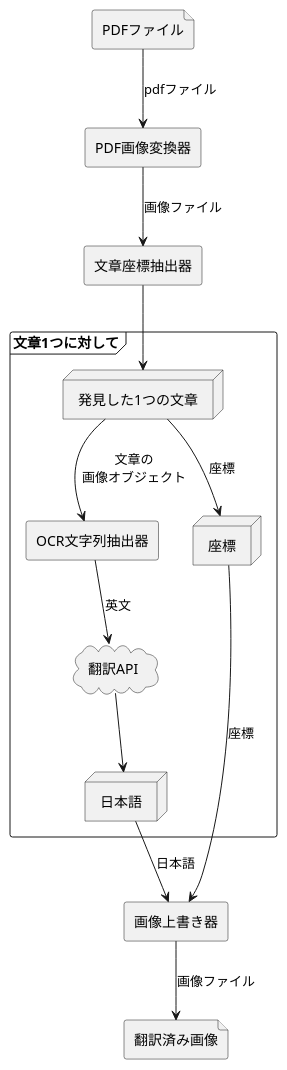
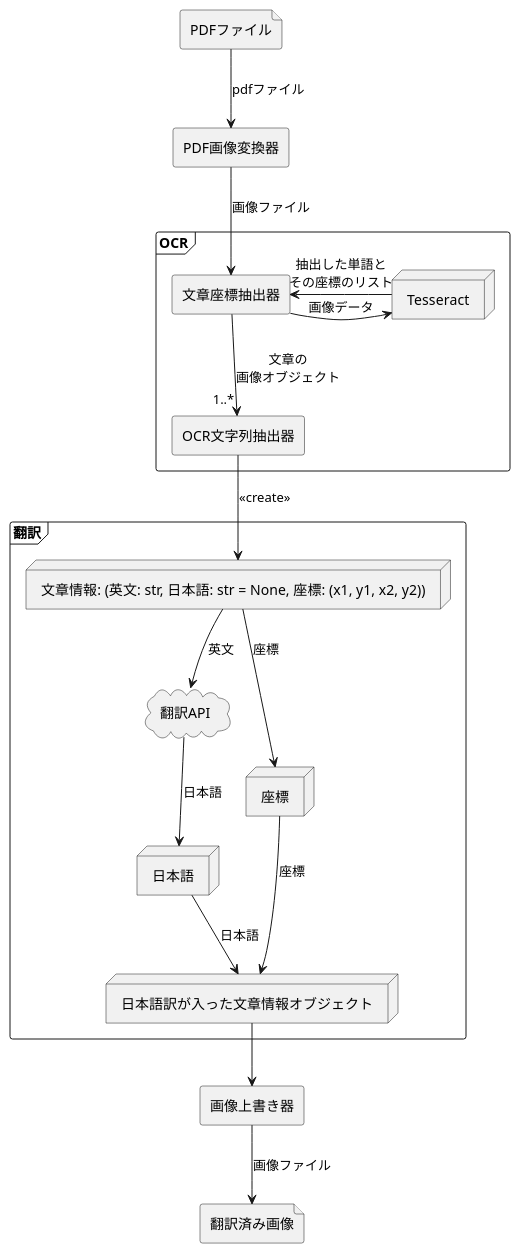
The first of 2 diagrams in システム構成図.md (hakohumi/pdf-translator), drawn with PlantUML before and after one commit. The commit also changed other lines of this file, not shown here.

Commit message:
OCRは文章座標抽出部分と文字列抽出部を同じパケッケージ内で管理することに変更

````diff
--- a/システム構成図.md
+++ b/システム構成図.md
@@ -3,32 +3,42 @@
 ```plantuml
 @startuml
 
 file PDFファイル as pdf
 agent PDF画像変換器 as pdf_to_image
+frame OCR{
 agent 文章座標抽出器 as text_coordinate_extractor
-frame 文章1つに対して{
-    node 発見した1つの文章 as text
-    agent OCR文字列抽出器 as ocr
-    cloud 翻訳API as translator
-    node 日本語 as japanese_str
-    node 座標 as pos
+node Tesseract as tesseract
+agent OCR文字列抽出器 as ocr
+}
+
+frame 翻訳{
+cloud 翻訳API as translator
+node "文章情報: (英文: str, 日本語: str = None, 座標: (x1, y1, x2, y2))" as text_info
+node 日本語 as japanese_str
+node 座標 as pos
+node "日本語訳が入った文章情報オブジェクト" as text_info_jp
 }
 agent 画像上書き器 as image_overwriter
 file 翻訳済み画像 as end_node
 
 pdf --> pdf_to_image: pdfファイル
 pdf_to_image --> text_coordinate_extractor: 画像ファイル
-text_coordinate_extractor --> text
-text --> ocr: 文章の\n画像オブジェクト
-text --> pos: 座標
-pos --> image_overwriter: 座標
+tesseract -> text_coordinate_extractor : 抽出した単語と\nその座標のリスト
+text_coordinate_extractor -> tesseract: 画像データ
+text_coordinate_extractor -->"1..*" ocr: 文章の\n画像オブジェクト
 
-ocr --> translator: 英文
+text_info --> pos: 座標
+pos --> text_info_jp: 座標
+ocr --> text_info: <<create>>
+text_info --> translator: 英文
 
-translator --> japanese_str
-japanese_str --> image_overwriter: 日本語
 
+
+translator --> japanese_str: 日本語
+japanese_str --> text_info_jp: 日本語
+
+text_info_jp --> image_overwriter
 image_overwriter --> end_node: 画像ファイル
 
 @enduml
 ```
````
